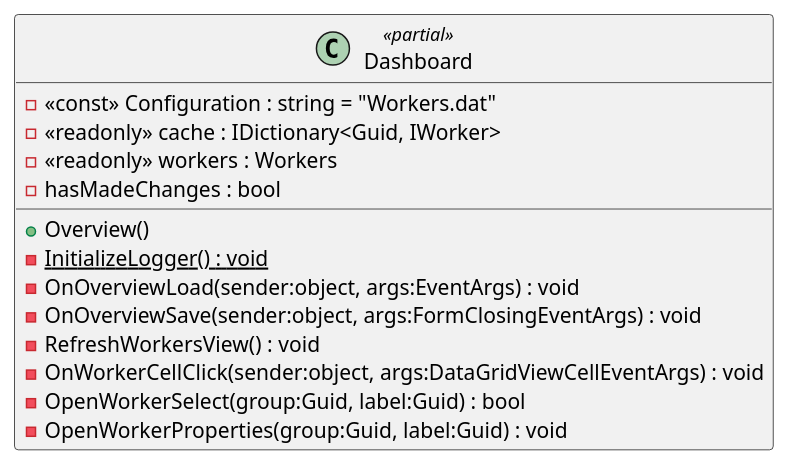
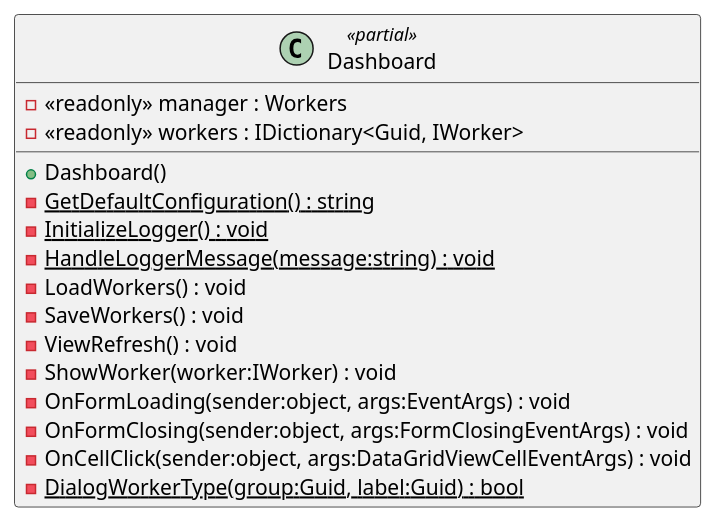
The diagram in Diagramme/Klassen/TinyTasksDashboard/Dashboard.puml (Louis9902/Sosse19-SE), drawn with PlantUML before and after one commit. The commit also changed 42 other files, not shown here.

Commit message:
some cleanup of the codebase and an update for the class diagrams This will resolve #6

```diff
--- a/Diagramme/Klassen/TinyTasksDashboard/Dashboard.puml
+++ b/Diagramme/Klassen/TinyTasksDashboard/Dashboard.puml
@@ -1,16 +1,18 @@
 @startuml
 class Dashboard <<partial>> {
-    - <<const>> Configuration : string = "Workers.dat"
-    - <<readonly>> cache : IDictionary<Guid, IWorker>
-    - <<readonly>> workers : Workers
-    - hasMadeChanges : bool
-    + Overview()
+    - <<readonly>> manager : Workers
+    - <<readonly>> workers : IDictionary<Guid, IWorker>
+    + Dashboard()
+    - {static} GetDefaultConfiguration() : string
     - {static} InitializeLogger() : void
-    - OnOverviewLoad(sender:object, args:EventArgs) : void
-    - OnOverviewSave(sender:object, args:FormClosingEventArgs) : void
-    - RefreshWorkersView() : void
-    - OnWorkerCellClick(sender:object, args:DataGridViewCellEventArgs) : void
-    - OpenWorkerSelect(group:Guid, label:Guid) : bool
-    - OpenWorkerProperties(group:Guid, label:Guid) : void
+    - {static} HandleLoggerMessage(message:string) : void
+    - LoadWorkers() : void
+    - SaveWorkers() : void
+    - ViewRefresh() : void
+    - ShowWorker(worker:IWorker) : void
+    - OnFormLoading(sender:object, args:EventArgs) : void
+    - OnFormClosing(sender:object, args:FormClosingEventArgs) : void
+    - OnCellClick(sender:object, args:DataGridViewCellEventArgs) : void
+    - {static} DialogWorkerType(group:Guid, label:Guid) : bool
 }
 @enduml
```
